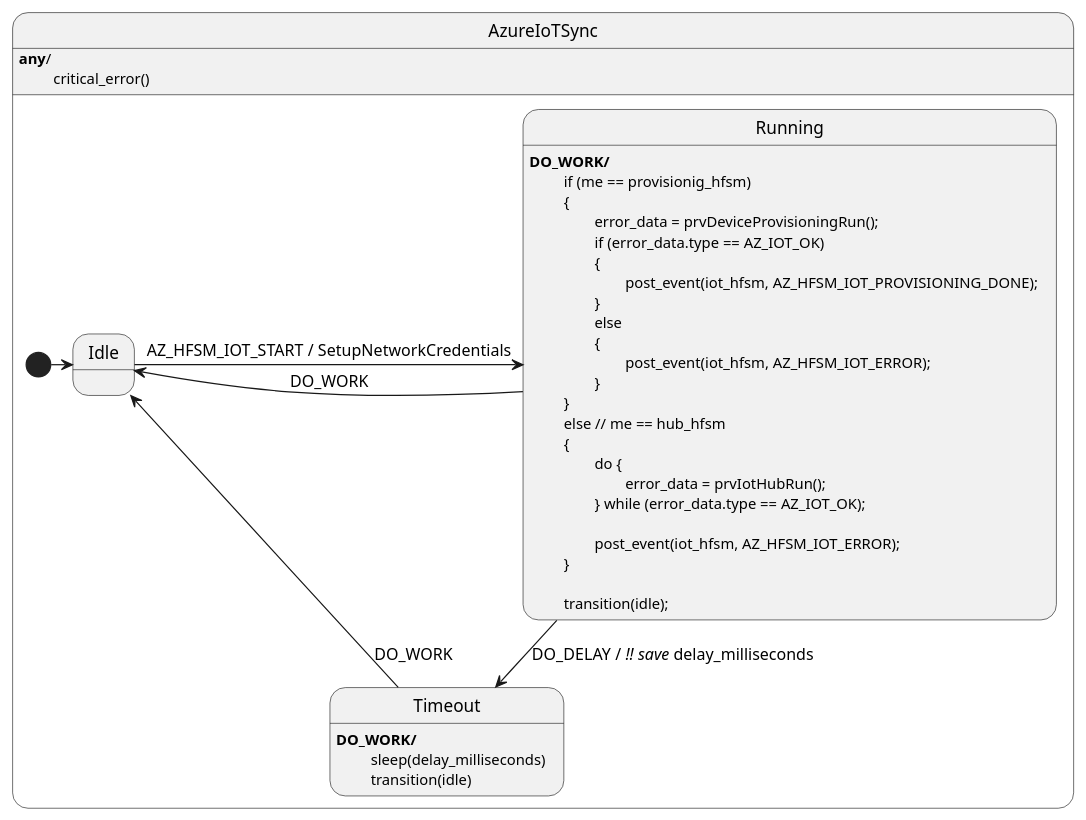
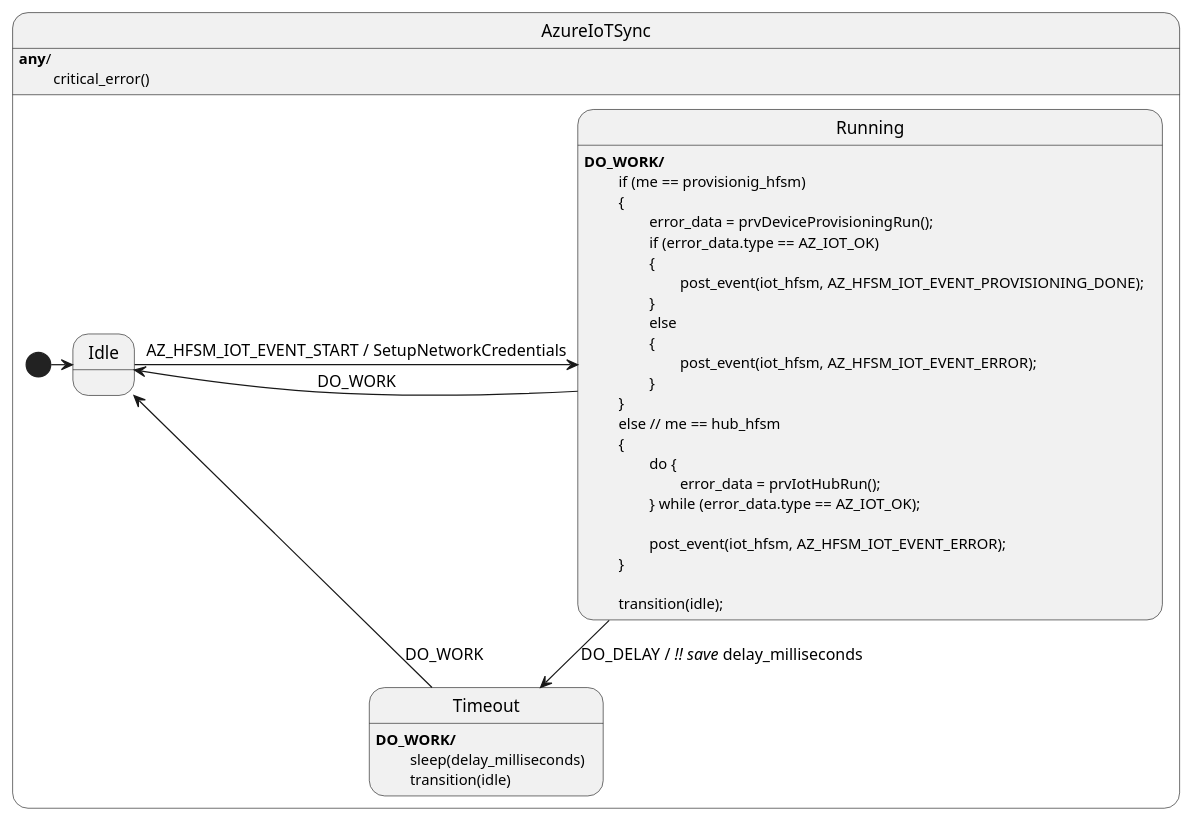
Before and after one commit to vaavva/azure-sdk-for-c-hfsm: the diagram in sdk/docs/iot/resources/az_iot_hfsm_sync_adapter.puml, drawn with PlantUML. The commit also changed 9 other files, not shown here.

```diff
--- a/sdk/docs/iot/resources/az_iot_hfsm_sync_adapter.puml
+++ b/sdk/docs/iot/resources/az_iot_hfsm_sync_adapter.puml
@@ -1,46 +1,46 @@
 @startuml Azure IoT HFSM Sync Adapter
 
 state AzureIoTSync {
     state Idle
 
     state Running
     Running : <b>DO_WORK/</b>
     Running : \t if (me == provisionig_hfsm)
     Running : \t {
     Running : \t\t error_data = prvDeviceProvisioningRun(); 
     Running : \t\t if (error_data.type == AZ_IOT_OK)
     Running : \t\t {
-    Running : \t\t\t post_event(iot_hfsm, AZ_HFSM_IOT_PROVISIONING_DONE);
+    Running : \t\t\t post_event(iot_hfsm, AZ_HFSM_IOT_EVENT_PROVISIONING_DONE);
     Running : \t\t }
     Running : \t\t else
     Running : \t\t {
-    Running : \t\t\t post_event(iot_hfsm, AZ_HFSM_IOT_ERROR);
+    Running : \t\t\t post_event(iot_hfsm, AZ_HFSM_IOT_EVENT_ERROR);
     Running : \t\t }
     Running : \t }
     Running : \t else // me == hub_hfsm
     Running : \t {
     Running : \t\t do {
     Running : \t\t\t error_data = prvIotHubRun(); 
     Running : \t\t } while (error_data.type == AZ_IOT_OK);
     Running :
-    Running : \t\t post_event(iot_hfsm, AZ_HFSM_IOT_ERROR);
+    Running : \t\t post_event(iot_hfsm, AZ_HFSM_IOT_EVENT_ERROR);
     Running : \t }
     Running :
     Running : \t transition(idle);
 
 
     state Timeout
     Timeout : <b>DO_WORK/</b>
     Timeout : \t sleep(delay_milliseconds)
     Timeout : \t transition(idle)
     
     [*] -> Idle
-    Idle -> Running : AZ_HFSM_IOT_START / SetupNetworkCredentials
+    Idle -> Running : AZ_HFSM_IOT_EVENT_START / SetupNetworkCredentials
     Running -> Timeout : DO_DELAY / <i>!! save</i> delay_milliseconds
     Timeout --> Idle : DO_WORK
     Running -> Idle : DO_WORK
 }
 
 AzureIoTSync : <b>any</b>/ 
 AzureIoTSync : \t critical_error()
 @enduml
```
